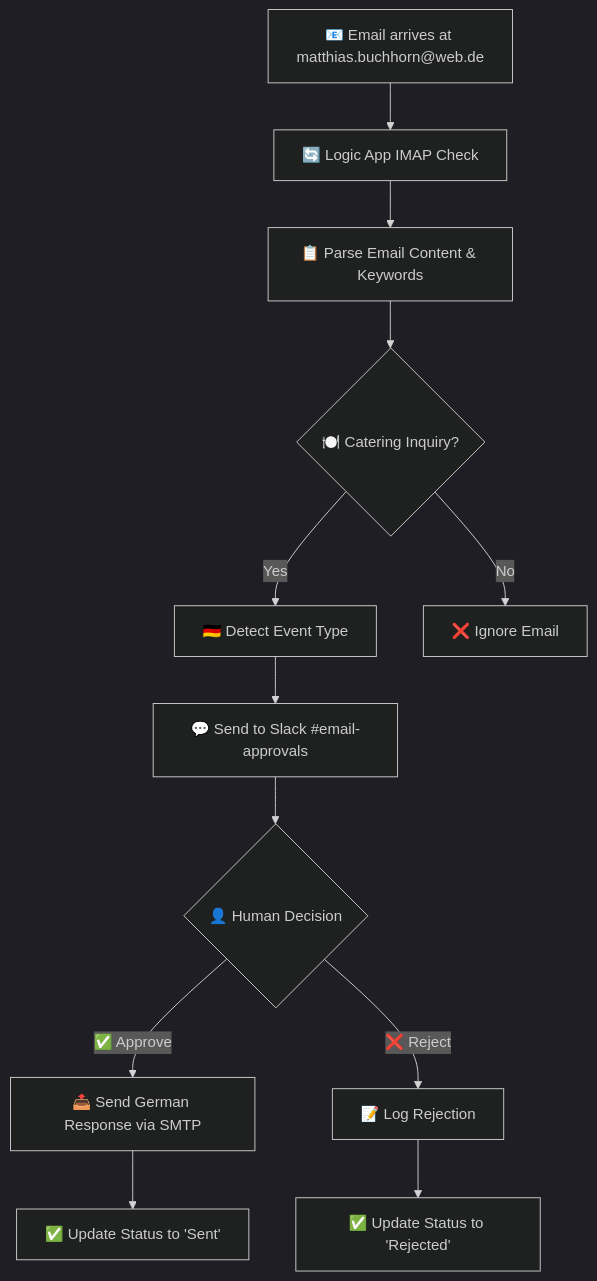
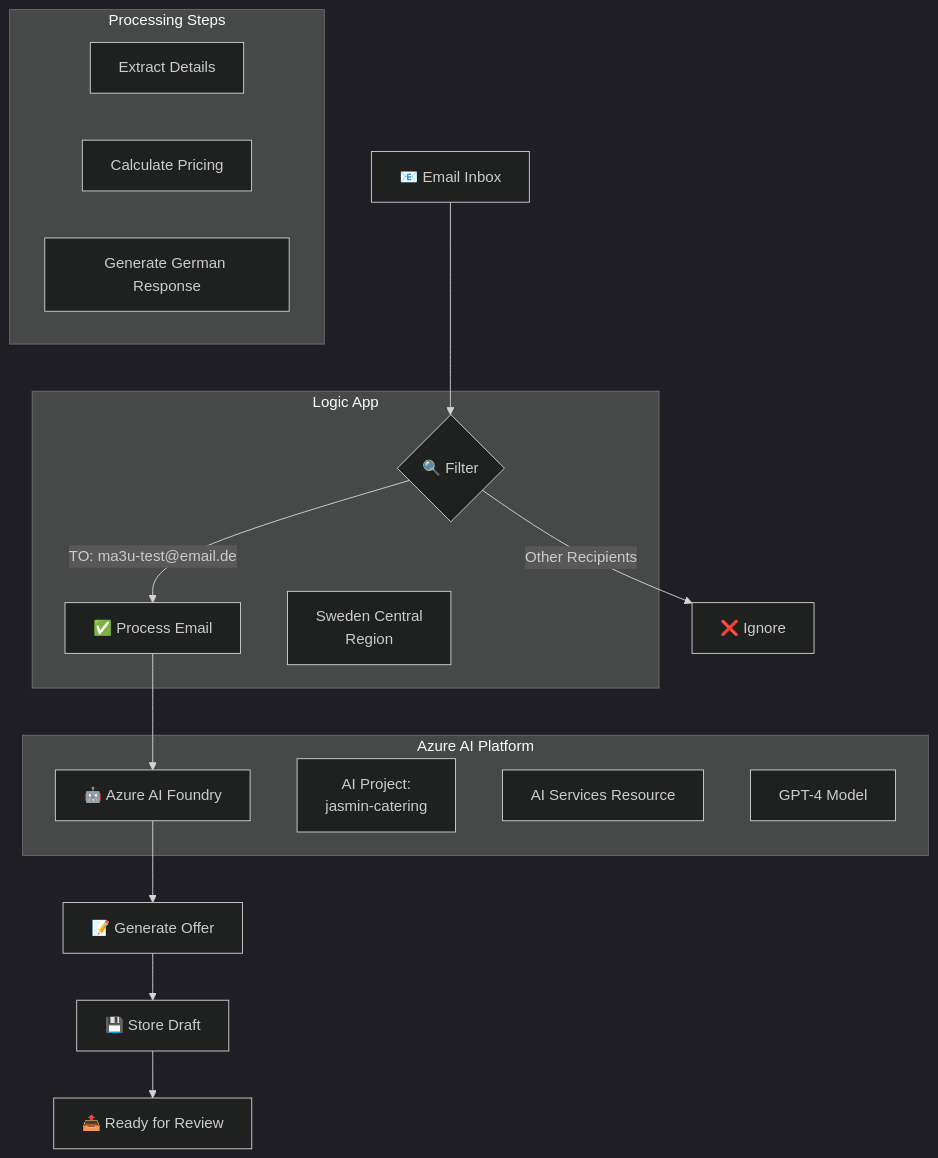
Before and after one commit to ma3u/jasmin-catering-ai-agent: the diagram in README.md, drawn with Mermaid (dark theme). The commit also changed other lines of this file and 47 other files, not shown here.

First line of the commit message:
feat: Implement AI Foundry integration for catering order processing

````diff
--- a/README.md
+++ b/README.md
@@ -77,14 +40,29 @@
 ```mermaid
 graph TD
-    A[📧 Email arrives at matthias.buchhorn@web.de] --> B[🔄 Logic App IMAP Check]
-    B --> C[📋 Parse Email Content & Keywords]
-    C --> D{🍽️ Catering Inquiry?}
-    D -->|Yes| E[🇩🇪 Detect Event Type]
-    D -->|No| F[❌ Ignore Email]
-    E --> G[💬 Send to Slack #email-approvals]
-    G --> H{👤 Human Decision}
-    H -->|✅ Approve| I[📤 Send German Response via SMTP]
-    H -->|❌ Reject| J[📝 Log Rejection]
-    I --> K[✅ Update Status to 'Sent']
-    J --> L[✅ Update Status to 'Rejected']
+    A[📧 Email Inbox] --> B{🔍 Filter}
+    B -->|TO: ma3u-test@email.de| C[✅ Process Email]
+    B -->|Other Recipients| D[❌ Ignore]
+    C --> E[🤖 Azure AI Foundry]
+    E --> F[📝 Generate Offer]
+    F --> G[💾 Store Draft]
+    G --> H[📤 Ready for Review]
+    
+    subgraph "Azure AI Platform"
+        E
+        N[AI Project:<br/>jasmin-catering]
+        O[AI Services Resource]
+        J[GPT-4 Model]
+    end
+    
+    subgraph "Logic App"
+        I[Sweden Central<br/>Region]
+        B
+        C
+    end
+    
+    subgraph "Processing Steps"
+        K[Extract Details]
+        L[Calculate Pricing]
+        M[Generate German Response]
+    end
 ```
````
